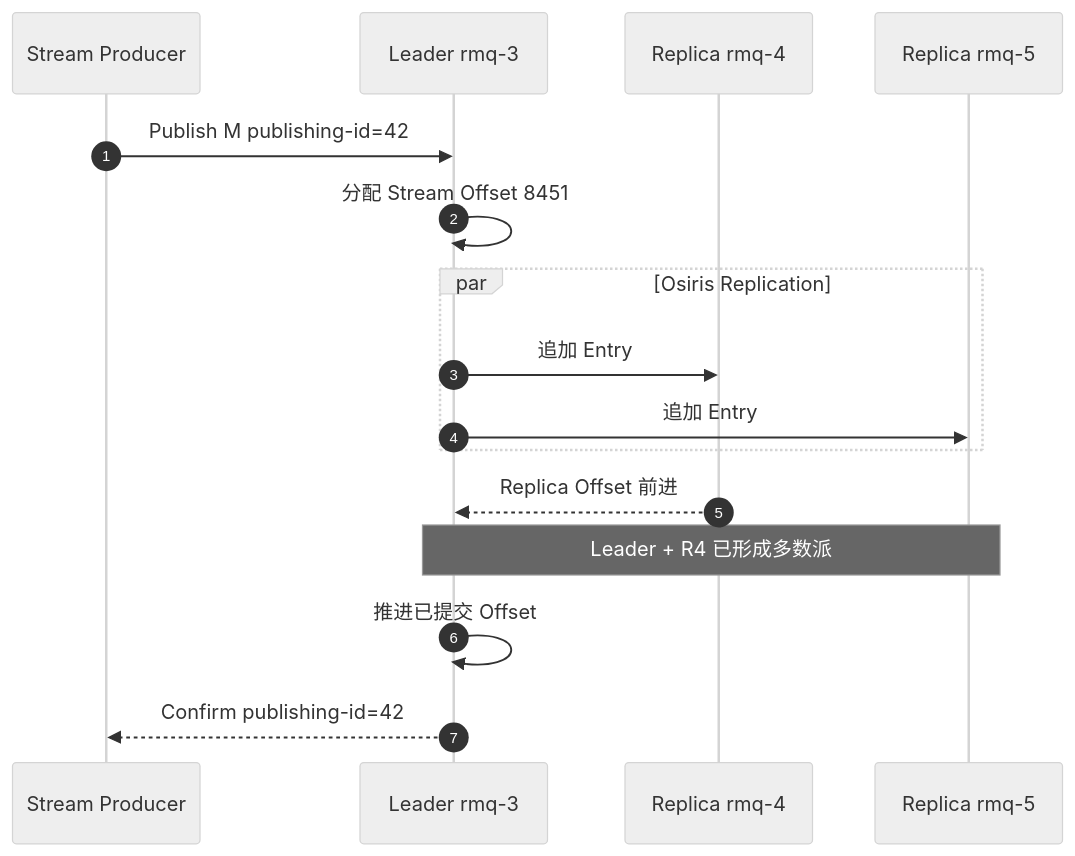
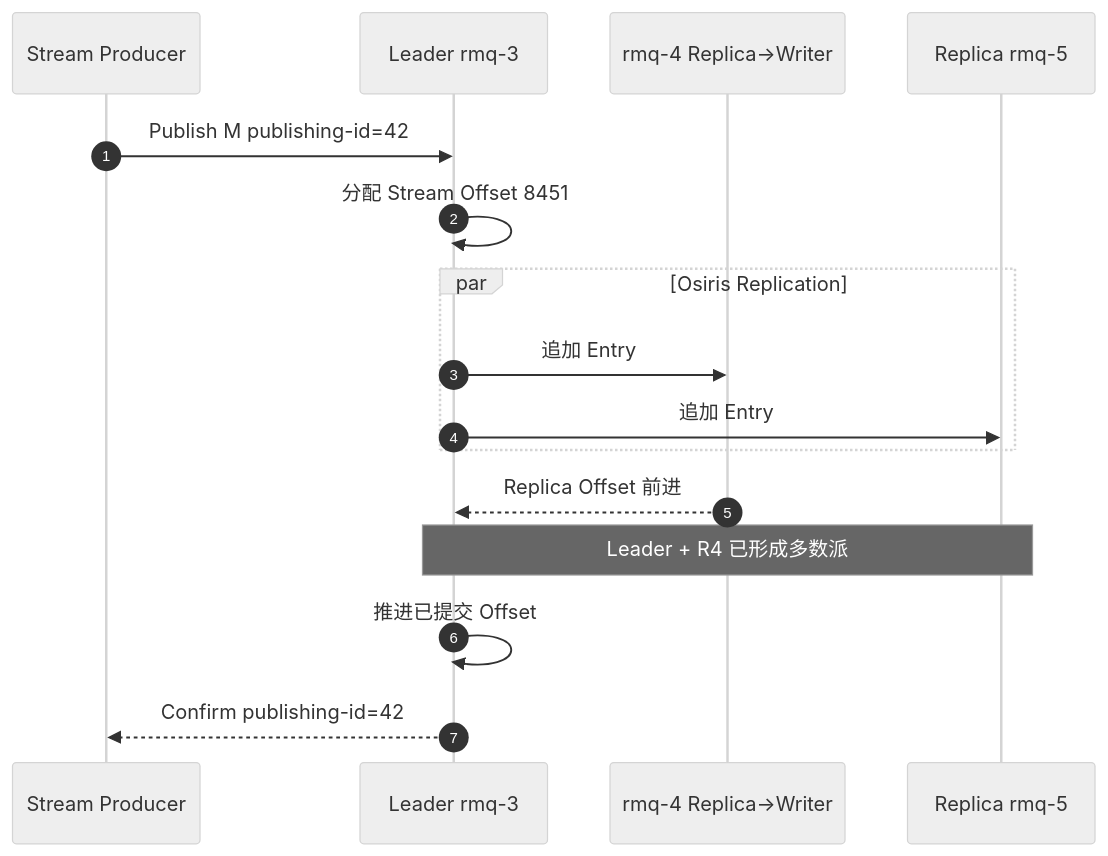
One commit to hotttao/backup changed the first of 5 diagrams in posts/microservices/queue/023_rabbitmq_stream_implementation.md. Above: the diagram before and after it, drawn with Mermaid (neutral theme). The commit also changed other lines of this file and 11 other files, not shown here.

````diff
--- a/posts/microservices/queue/023_rabbitmq_stream_implementation.md
+++ b/posts/microservices/queue/023_rabbitmq_stream_implementation.md
@@ -77,19 +166,19 @@
 ```mermaid
 sequenceDiagram
     autonumber
     participant P as Stream Producer
     participant L as Leader rmq-3
-    participant R4 as Replica rmq-4
+    participant R4 as rmq-4 Replica→Writer
     participant R5 as Replica rmq-5
 
     P->>L: Publish M publishing-id=42
     L->>L: 分配 Stream Offset 8451
     par Osiris Replication
         L->>R4: 追加 Entry
         L->>R5: 追加 Entry
     end
     R4-->>L: Replica Offset 前进
     Note over L,R5: Leader + R4 已形成多数派
     L->>L: 推进已提交 Offset
     L-->>P: Confirm publishing-id=42
 ```
````
